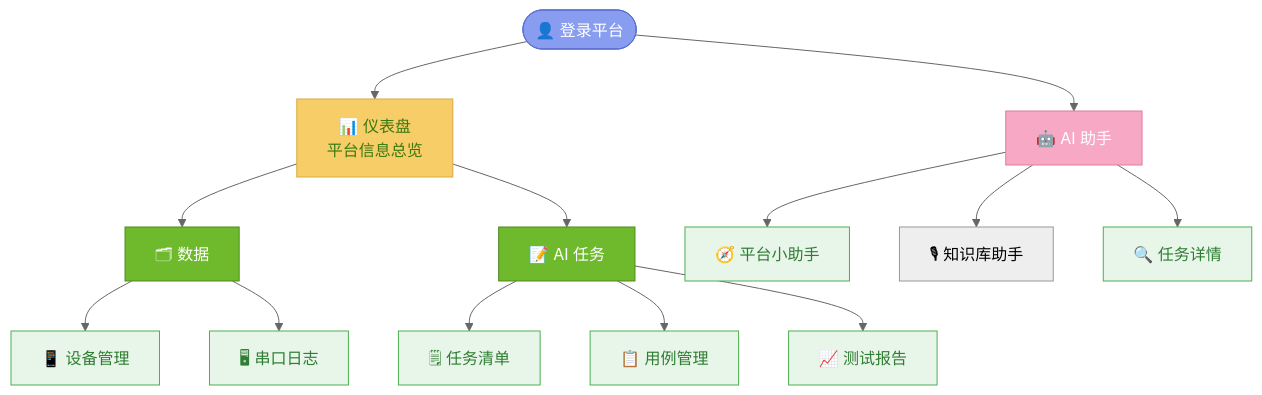
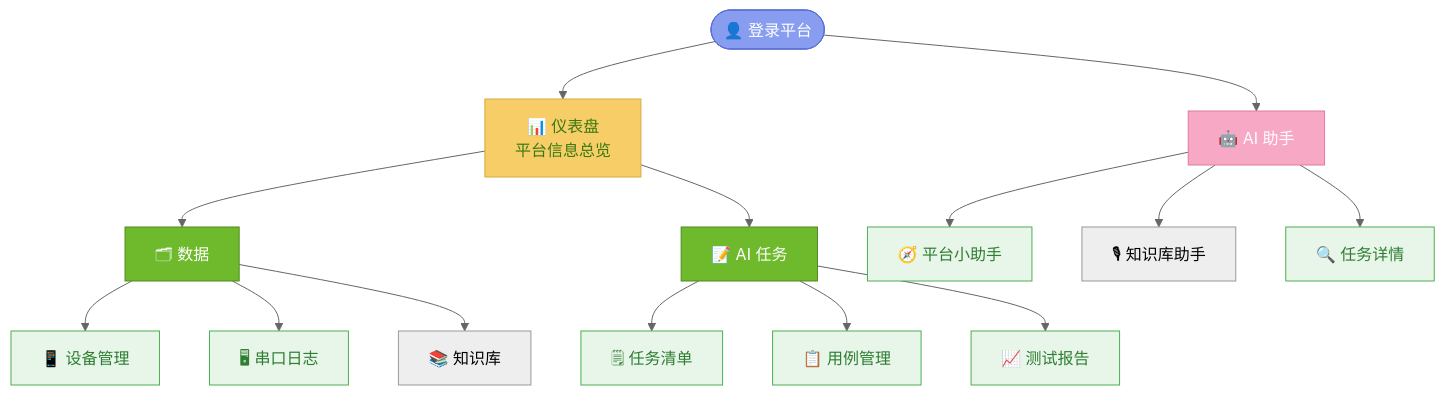
The first of 3 diagrams in dev_docs/ARCH_PRD/PRD-平台总需求.md (Kahoku-lazy/Android-AutoTests), drawn with Mermaid (neutral theme) before and after one commit. The commit also changed other lines of this file and 15 other files, not shown here.

````diff
--- a/dev_docs/ARCH_PRD/PRD-平台总需求.md
+++ b/dev_docs/ARCH_PRD/PRD-平台总需求.md
@@ -79,30 +80,31 @@
 ```mermaid
 flowchart TD
     A(["👤 登录平台"]) --> B["📊 仪表盘<br/>平台信息总览"]
     A --> AI["🤖 AI 助手"]
 
     B --> DATA["🗂 数据"]
     B --> TASK["📝 AI 任务"]
 
     DATA --> DP["📱 设备管理"]
     DATA --> SL["🖥 串口日志"]
+    DATA --> KS["📚 知识库"]
 
     TASK --> TL["🗒 任务清单"]
     TASK --> CM["📋 用例管理"]
     TASK --> RG["📈 测试报告"]
 
     AI --> PA["🧭 平台小助手"]
     AI --> KBA["🎙 知识库助手"]
     AI --> TD["🔍 任务详情"]
 
     classDef entry fill:#889df0,color:#fff,stroke:#5a6fd0;
     classDef hub fill:#f7cd67,color:#3a7a10,stroke:#d9a93a;
     classDef group fill:#6fba2c,color:#fff,stroke:#4e8a1f;
     classDef leaf fill:#e8f5e9,color:#2e7d32,stroke:#4caf50;
     classDef ai fill:#f7a8c4,color:#fff,stroke:#e07ba0;
     class A entry;
     class B hub;
     class DATA,TASK group;
     class DP,WF,SL,TL,CM,RG,PA,TD leaf;
     class AI ai;
 ```
````
